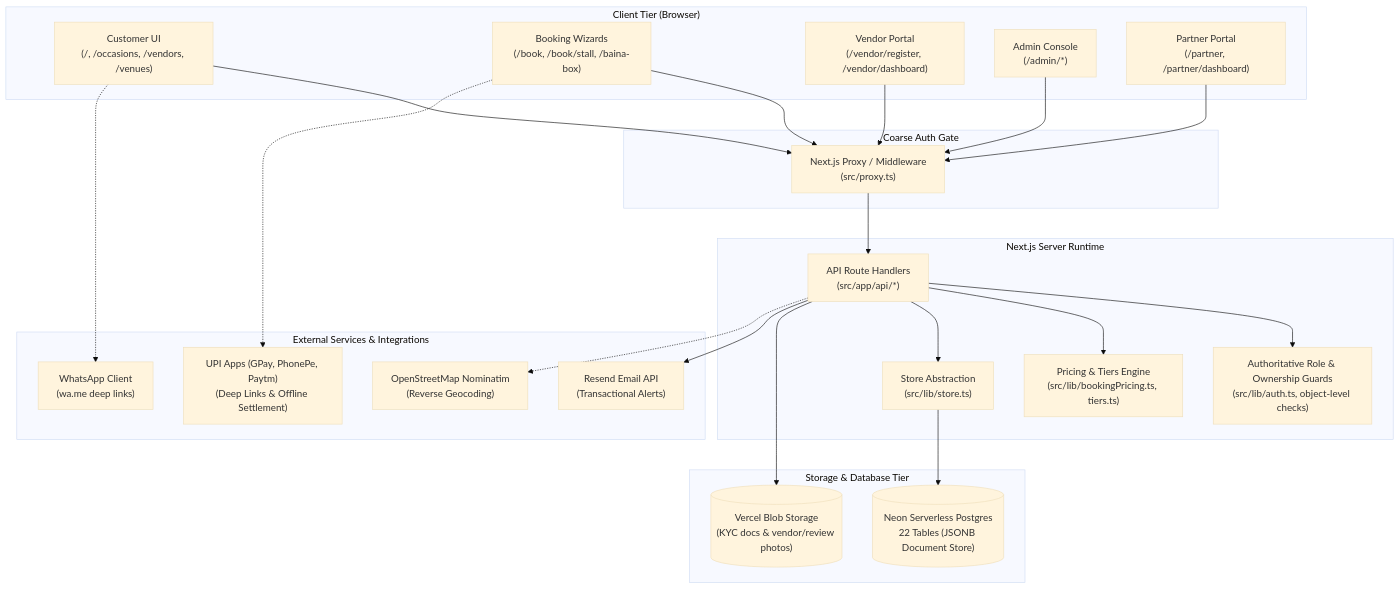
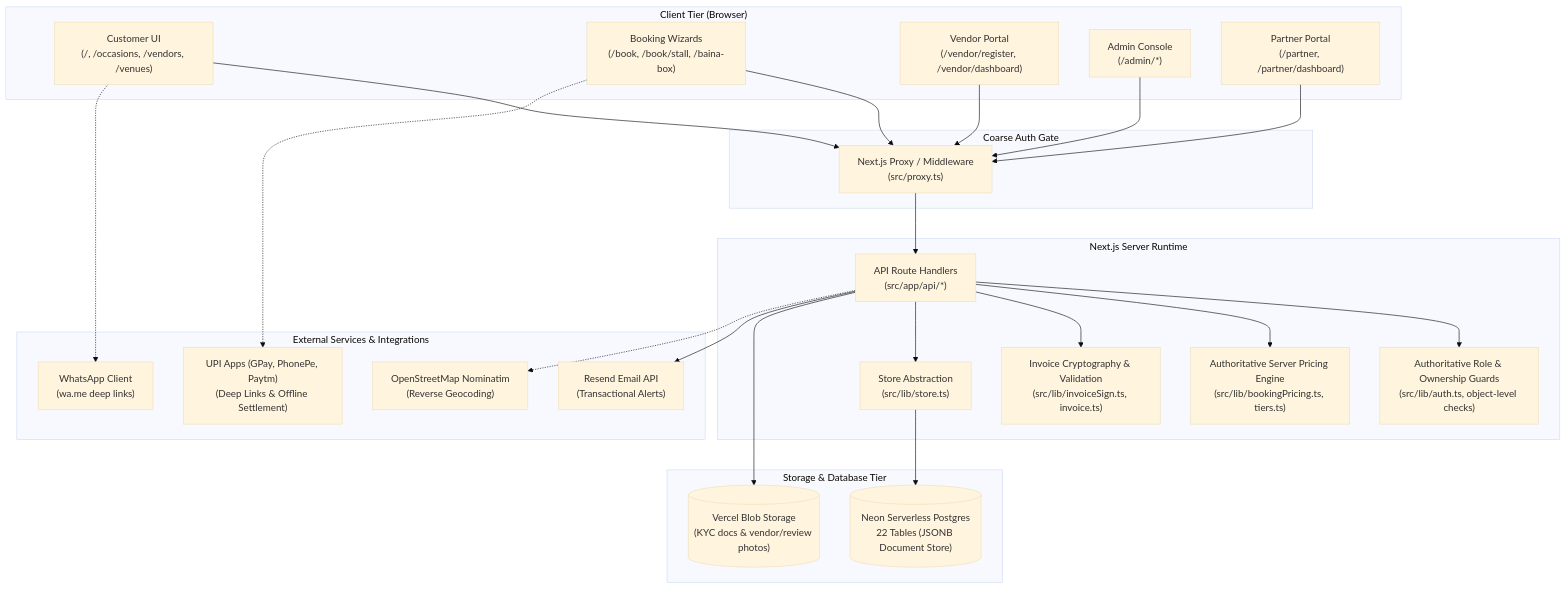
The diagram in ARCHITECTURE.md (Sony17/Bhojpatra), drawn with Mermaid (base theme) before and after one commit. The commit also changed other lines of this file and 4 other files, not shown here.

Commit message:
docs: synchronize architecture after security batch 3

````diff
--- a/ARCHITECTURE.md
+++ b/ARCHITECTURE.md
@@ -41,51 +41,53 @@
 ```mermaid
 flowchart TD
     subgraph Client["Client Tier (Browser)"]
         CustomerUI["Customer UI\n(/, /occasions, /vendors, /venues)"]
         BookingUI["Booking Wizards\n(/book, /book/stall, /baina-box)"]
         VendorUI["Vendor Portal\n(/vendor/register, /vendor/dashboard)"]
         AdminUI["Admin Console\n(/admin/*)"]
         PartnerUI["Partner Portal\n(/partner, /partner/dashboard)"]
     end
 
     subgraph EdgeGate["Coarse Auth Gate"]
         Proxy["Next.js Proxy / Middleware\n(src/proxy.ts)"]
     end
 
     subgraph Server["Next.js Server Runtime"]
         RouteHandlers["API Route Handlers\n(src/app/api/*)"]
         AuthGuards["Authoritative Role & Ownership Guards\n(src/lib/auth.ts, object-level checks)"]
         StoreLayer["Store Abstraction\n(src/lib/store.ts)"]
-        PricingEngine["Pricing & Tiers Engine\n(src/lib/bookingPricing.ts, tiers.ts)"]
+        PricingEngine["Authoritative Server Pricing Engine\n(src/lib/bookingPricing.ts, tiers.ts)"]
+        InvoiceEngine["Invoice Cryptography & Validation\n(src/lib/invoiceSign.ts, invoice.ts)"]
     end
 
     subgraph Persistence["Storage & Database Tier"]
         NeonDB[("Neon Serverless Postgres\n22 Tables (JSONB Document Store)")]
         VercelBlob[("Vercel Blob Storage\n(KYC docs & vendor/review photos)")]
     end
 
     subgraph External["External Services & Integrations"]
         ResendAPI["Resend Email API\n(Transactional Alerts)"]
         UpiApps["UPI Apps (GPay, PhonePe, Paytm)\n(Deep Links & Offline Settlement)"]
         WhatsAppDeepLink["WhatsApp Client\n(wa.me deep links)"]
         Nominatim["OpenStreetMap Nominatim\n(Reverse Geocoding)"]
     end
 
     CustomerUI --> Proxy
     BookingUI --> Proxy
     VendorUI --> Proxy
     AdminUI --> Proxy
     PartnerUI --> Proxy
 
     Proxy --> RouteHandlers
     RouteHandlers --> AuthGuards
     RouteHandlers --> PricingEngine
+    RouteHandlers --> InvoiceEngine
     RouteHandlers --> StoreLayer
 
     StoreLayer --> NeonDB
     RouteHandlers --> VercelBlob
     RouteHandlers --> ResendAPI
     BookingUI -.-> UpiApps
     CustomerUI -.-> WhatsAppDeepLink
     RouteHandlers -.-> Nominatim
 ```
````
